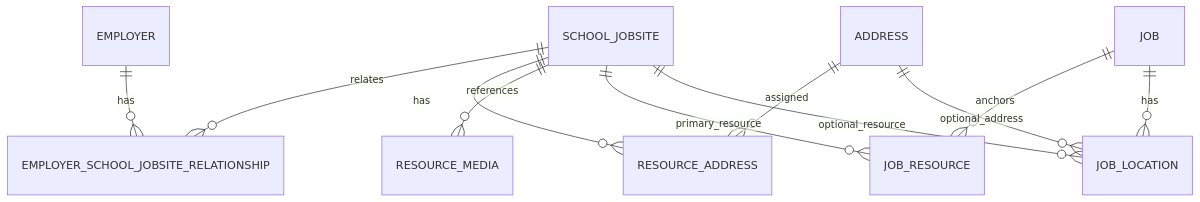
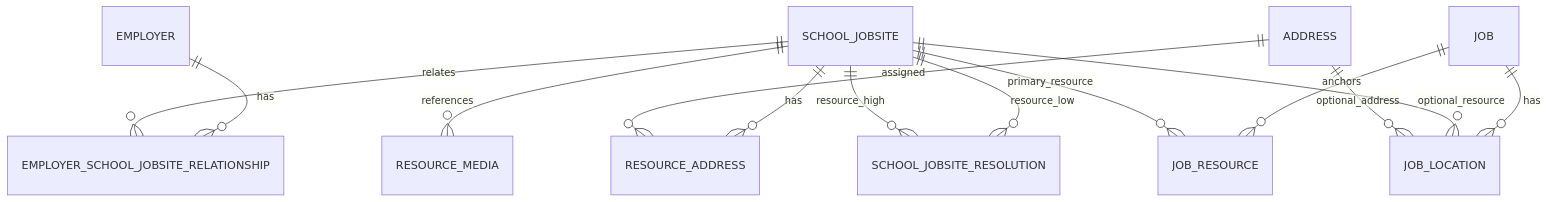
Before and after one commit to BobSanDiego/teachers-net-site: the diagram in docs/job-center/DATA002-implemented-domain-map-v1.md, drawn with Mermaid. The commit also changed other lines of this file, not shown here.

Commit message:
docs(jobcenter): map pairwise resolution schema

````diff
--- a/docs/job-center/DATA002-implemented-domain-map-v1.md
+++ b/docs/job-center/DATA002-implemented-domain-map-v1.md
@@ -89,13 +104,15 @@
 ```mermaid
 erDiagram
   EMPLOYER ||--o{ EMPLOYER_SCHOOL_JOBSITE_RELATIONSHIP : has
   SCHOOL_JOBSITE ||--o{ EMPLOYER_SCHOOL_JOBSITE_RELATIONSHIP : relates
   SCHOOL_JOBSITE ||--o{ RESOURCE_ADDRESS : has
   ADDRESS ||--o{ RESOURCE_ADDRESS : assigned
   SCHOOL_JOBSITE ||--o{ RESOURCE_MEDIA : references
   JOB ||--o{ JOB_RESOURCE : anchors
   SCHOOL_JOBSITE ||--o{ JOB_RESOURCE : primary_resource
   JOB ||--o{ JOB_LOCATION : has
   SCHOOL_JOBSITE ||--o{ JOB_LOCATION : optional_resource
   ADDRESS ||--o{ JOB_LOCATION : optional_address
+  SCHOOL_JOBSITE ||--o{ SCHOOL_JOBSITE_RESOLUTION : resource_low
+  SCHOOL_JOBSITE ||--o{ SCHOOL_JOBSITE_RESOLUTION : resource_high
 ```
````
